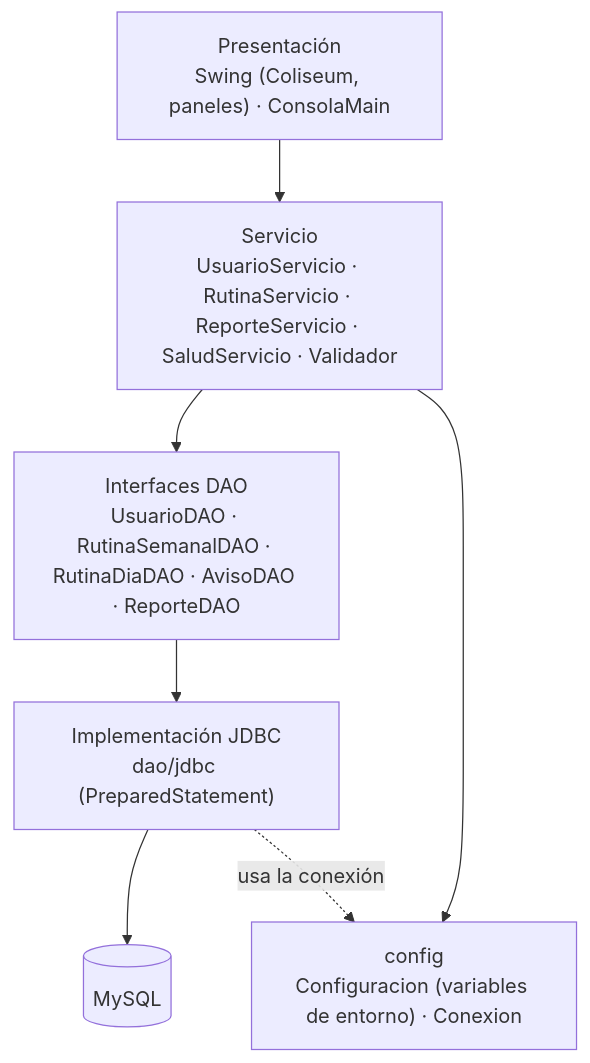
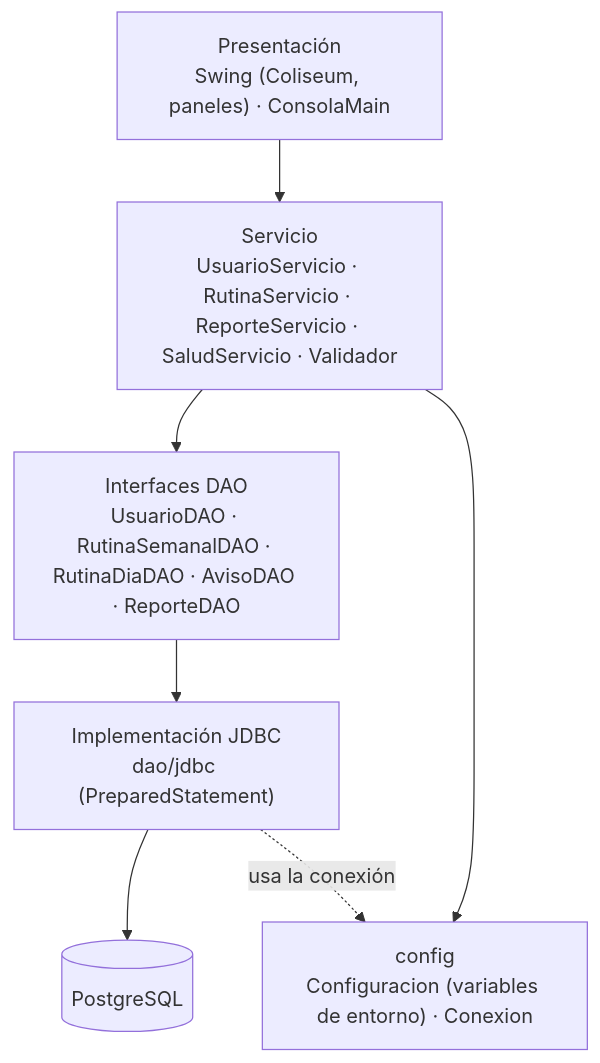
One commit to RodillaOff/Coliseum changed the second of 2 diagrams in docs/diagramas/arquitectura.md. Above: the diagram before and after it, drawn with Mermaid. The commit also changed other lines of this file and 30 other files, not shown here.

Commit message:
Migración a PostgreSQL (Aiven) y actualización de documentación

````diff
--- a/docs/diagramas/arquitectura.md
+++ b/docs/diagramas/arquitectura.md
@@ -37,12 +37,12 @@
 ```mermaid
 flowchart TB
     P["Presentación<br/>Swing (Coliseum, paneles) · ConsolaMain"]
     S["Servicio<br/>UsuarioServicio · RutinaServicio · ReporteServicio · SaludServicio · Validador"]
     D["Interfaces DAO<br/>UsuarioDAO · RutinaSemanalDAO · RutinaDiaDAO · AvisoDAO · ReporteDAO"]
     J["Implementación JDBC<br/>dao/jdbc (PreparedStatement)"]
     C["config<br/>Configuracion (variables de entorno) · Conexion"]
-    DB[("MySQL")]
+    DB[("PostgreSQL")]
     P --> S --> D --> J --> DB
     S --> C
     J -.usa la conexión.-> C
 ```
````
